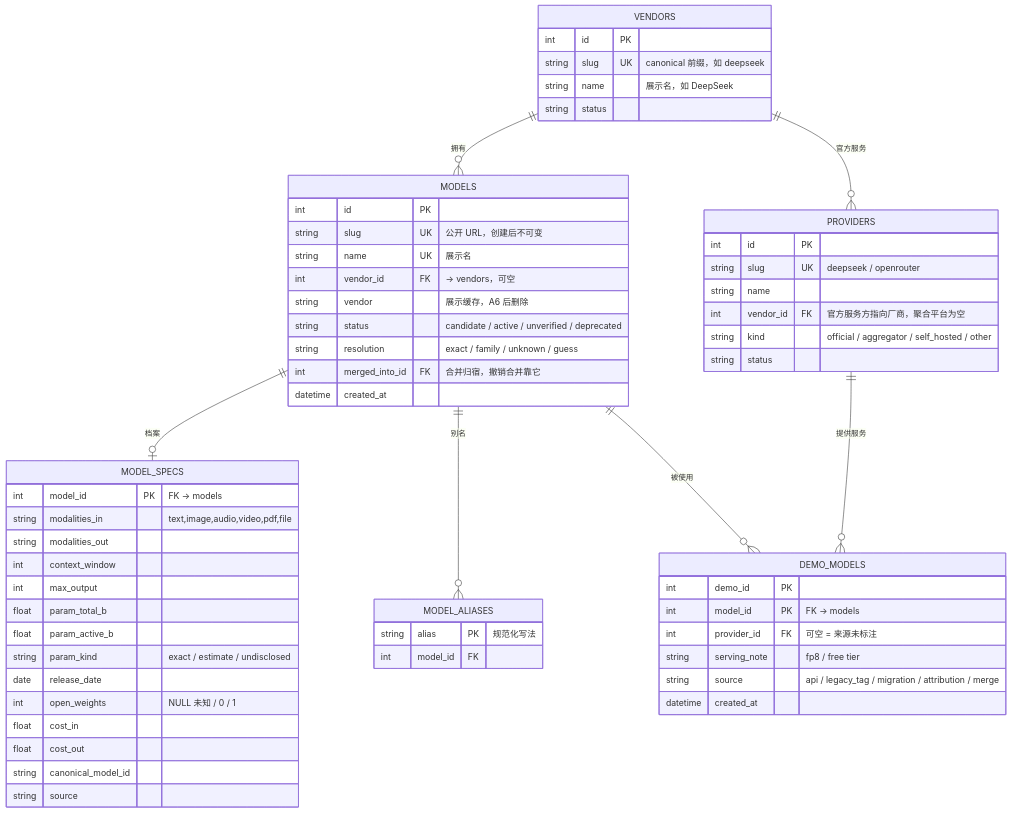
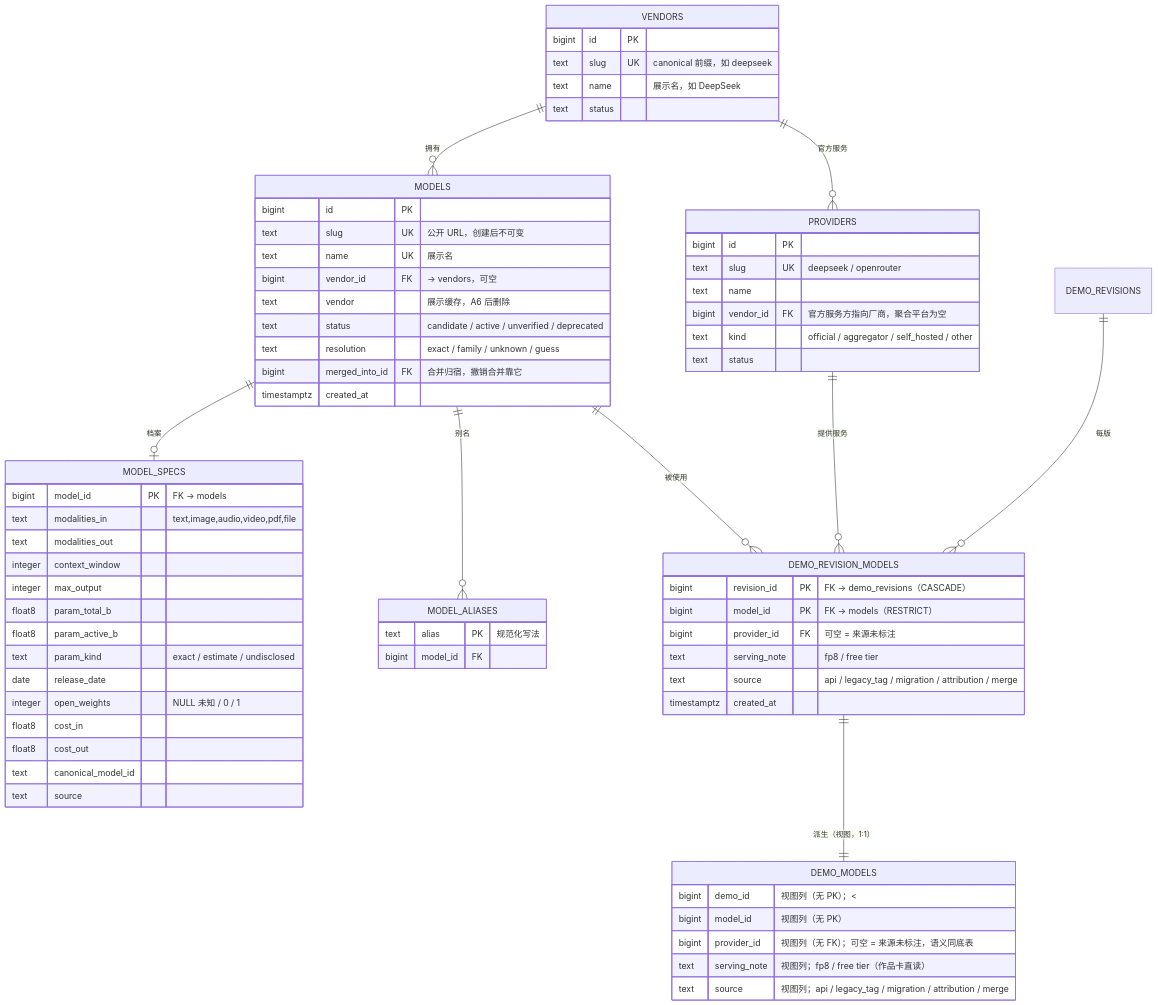
One commit to deepdemos/ds-demos-showcase changed the fourth of 14 diagrams in docs/模型域设计.md. Above: the diagram before and after it, drawn with Mermaid. The commit also changed other lines of this file and 36 other files, not shown here.

````diff
--- a/docs/模型域设计.md
+++ b/docs/模型域设计.md
@@ -1086,62 +1218,71 @@
 ```mermaid
 erDiagram
     MODELS {
-        int id PK
-        string slug UK "公开 URL，创建后不可变"
-        string name UK "展示名"
-        int vendor_id FK "→ vendors，可空"
-        string vendor "展示缓存，A6 后删除"
-        string status "candidate / active / unverified / deprecated"
-        string resolution "exact / family / unknown / guess"
-        int merged_into_id FK "合并归宿，撤销合并靠它"
-        datetime created_at
+        bigint id PK
+        text slug UK "公开 URL，创建后不可变"
+        text name UK "展示名"
+        bigint vendor_id FK "→ vendors，可空"
+        text vendor "展示缓存，A6 后删除"
+        text status "candidate / active / unverified / deprecated"
+        text resolution "exact / family / unknown / guess"
+        bigint merged_into_id FK "合并归宿，撤销合并靠它"
+        timestamptz created_at
     }
     MODEL_ALIASES {
-        string alias PK "规范化写法"
-        int model_id FK
+        text alias PK "规范化写法"
+        bigint model_id FK
     }
     MODEL_SPECS {
-        int model_id PK "FK → models"
-        string modalities_in "text,image,audio,video,pdf,file"
-        string modalities_out
-        int context_window
-        int max_output
-        float param_total_b
-        float param_active_b
-        string param_kind "exact / estimate / undisclosed"
+        bigint model_id PK "FK → models"
+        text modalities_in "text,image,audio,video,pdf,file"
+        text modalities_out
+        integer context_window
+        integer max_output
+        float8 param_total_b
+        float8 param_active_b
+        text param_kind "exact / estimate / undisclosed"
         date release_date
-        int open_weights "NULL 未知 / 0 / 1"
-        float cost_in
-        float cost_out
-        string canonical_model_id
-        string source
+        integer open_weights "NULL 未知 / 0 / 1"
+        float8 cost_in
+        float8 cost_out
+        text canonical_model_id
+        text source
+    }
+    DEMO_REVISION_MODELS {
+        bigint revision_id PK "FK → demo_revisions（CASCADE）"
+        bigint model_id PK "FK → models（RESTRICT）"
+        bigint provider_id FK "可空 = 来源未标注"
+        text serving_note "fp8 / free tier"
+        text source "api / legacy_tag / migration / attribution / merge"
+        timestamptz created_at
     }
     DEMO_MODELS {
-        int demo_id PK
-        int model_id PK "FK → models"
-        int provider_id FK "可空 = 来源未标注"
-        string serving_note "fp8 / free tier"
-        string source "api / legacy_tag / migration / attribution / merge"
-        datetime created_at
+        bigint demo_id "视图列（无 PK）；<<view>> demos ⋈ demo_revision_models(current)"
+        bigint model_id "视图列（无 PK）"
+        bigint provider_id "视图列（无 FK）；可空 = 来源未标注，语义同底表"
+        text serving_note "视图列；fp8 / free tier（作品卡直读）"
+        text source "视图列；api / legacy_tag / migration / attribution / merge"
     }
     PROVIDERS {
-        int id PK
-        string slug UK "deepseek / openrouter"
-        string name
-        int vendor_id FK "官方服务方指向厂商，聚合平台为空"
-        string kind "official / aggregator / self_hosted / other"
-        string status
+        bigint id PK
+        text slug UK "deepseek / openrouter"
+        text name
+        bigint vendor_id FK "官方服务方指向厂商，聚合平台为空"
+        text kind "official / aggregator / self_hosted / other"
+        text status
     }
     VENDORS {
-        int id PK
-        string slug UK "canonical 前缀，如 deepseek"
-        string name "展示名，如 DeepSeek"
-        string status
+        bigint id PK
+        text slug UK "canonical 前缀，如 deepseek"
+        text name "展示名，如 DeepSeek"
+        text status
     }
     MODELS ||--o| MODEL_SPECS : 档案
     MODELS ||--o{ MODEL_ALIASES : 别名
-    MODELS ||--o{ DEMO_MODELS : 被使用
+    DEMO_REVISIONS ||--o{ DEMO_REVISION_MODELS : 每版
+    MODELS ||--o{ DEMO_REVISION_MODELS : 被使用
+    PROVIDERS ||--o{ DEMO_REVISION_MODELS : 提供服务
+    DEMO_REVISION_MODELS ||--|| DEMO_MODELS : "派生（视图，1:1）"
     VENDORS ||--o{ MODELS : 拥有
     VENDORS ||--o{ PROVIDERS : 官方服务
-    PROVIDERS ||--o{ DEMO_MODELS : 提供服务
 ```
````
